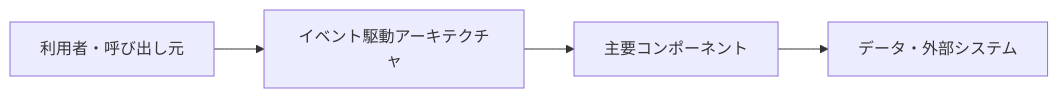
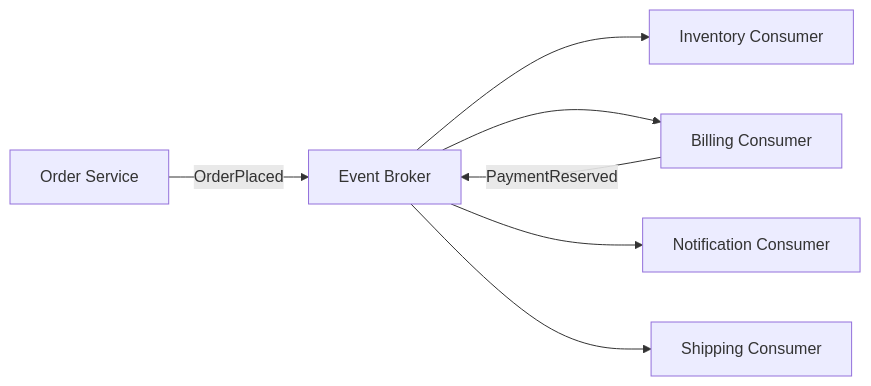
One commit to t-shirayama/architecture-notes changed the diagram in docs/分散システム系/イベント駆動アーキテクチャ.md. Above: the diagram before and after it, drawn with Mermaid. The commit also changed other lines of this file and 4 other files, not shown here.

Commit message:
docs: expand distributed architecture notes

````diff
--- a/docs/分散システム系/イベント駆動アーキテクチャ.md
+++ b/docs/分散システム系/イベント駆動アーキテクチャ.md
@@ -24,6 +26,10 @@
 ```mermaid
 flowchart LR
-    A[利用者・呼び出し元] --> B[イベント駆動アーキテクチャ]
-    B --> C[主要コンポーネント]
-    C --> D[データ・外部システム]
+    Order[Order Service] -->|OrderPlaced| Broker[Event Broker]
+    Broker --> Inventory[Inventory Consumer]
+    Broker --> Billing[Billing Consumer]
+    Broker --> Notification[Notification Consumer]
+
+    Billing -->|PaymentReserved| Broker
+    Broker --> Shipping[Shipping Consumer]
 ```
````
